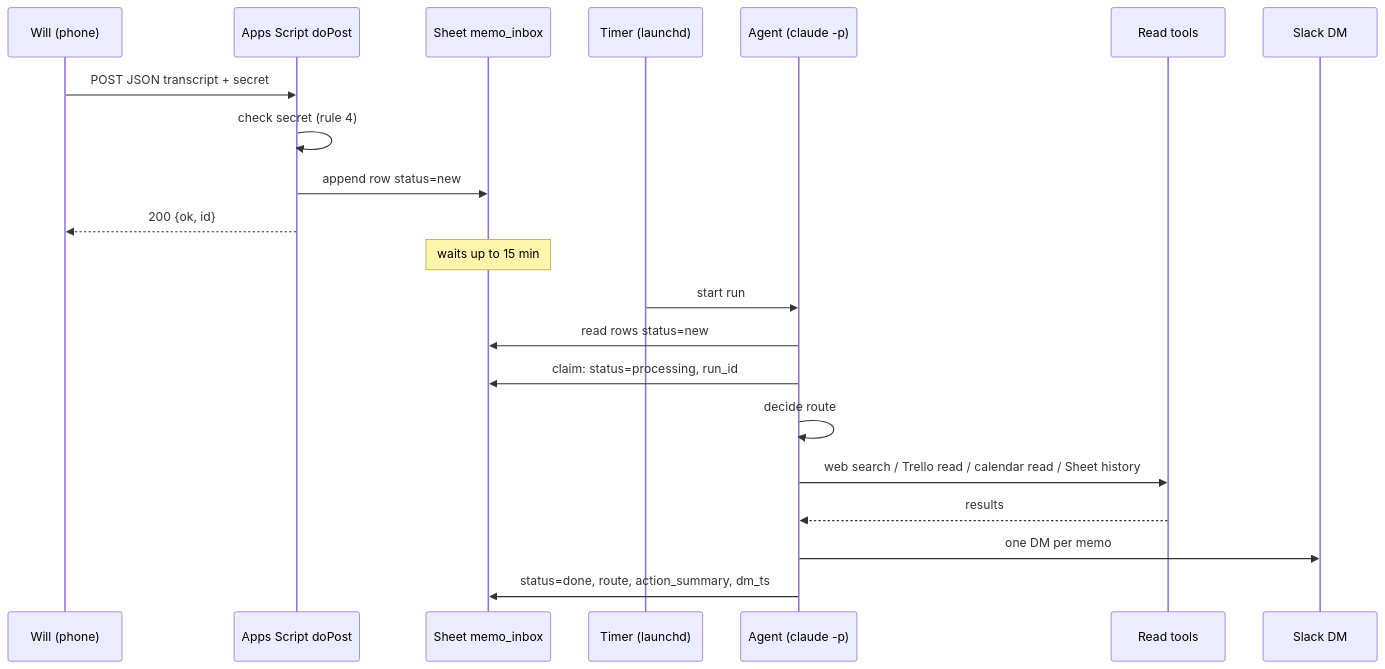
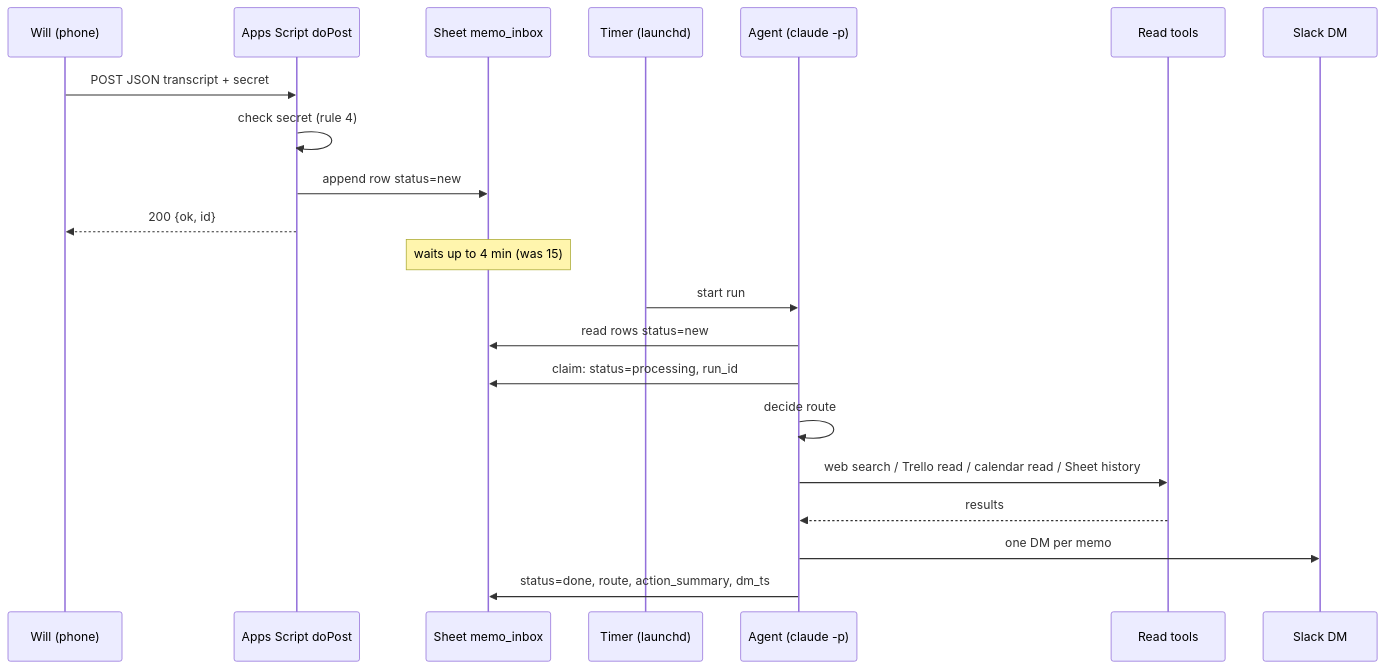
The diagram in SPEC.md (wilmccann/voice-slack-agent), drawn with Mermaid before and after one commit. The commit also changed other lines of this file and 4 other files, not shown here.

````diff
--- a/SPEC.md
+++ b/SPEC.md
@@ -74,24 +75,24 @@
 ```mermaid
 sequenceDiagram
     participant W as Will (phone)
     participant A as Apps Script doPost
     participant S as Sheet memo_inbox
     participant T as Timer (launchd)
     participant C as Agent (claude -p)
     participant X as Read tools
     participant D as Slack DM
 
     W->>A: POST JSON transcript + secret
     A->>A: check secret (rule 4)
     A->>S: append row status=new
     A-->>W: 200 {ok, id}
-    Note over S: waits up to 15 min
+    Note over S: waits up to 4 min (was 15)
     T->>C: start run
     C->>S: read rows status=new
     C->>S: claim: status=processing, run_id
     C->>C: decide route
     C->>X: web search / Trello read / calendar read / Sheet history
     X-->>C: results
     C->>D: one DM per memo
     C->>S: status=done, route, action_summary, dm_ts
 ```
````
